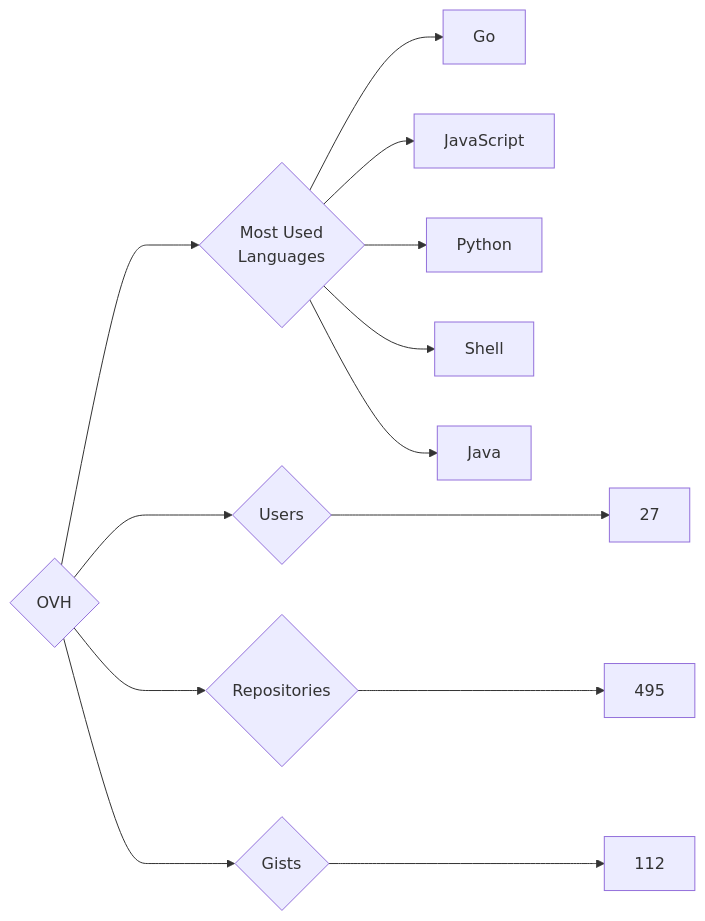
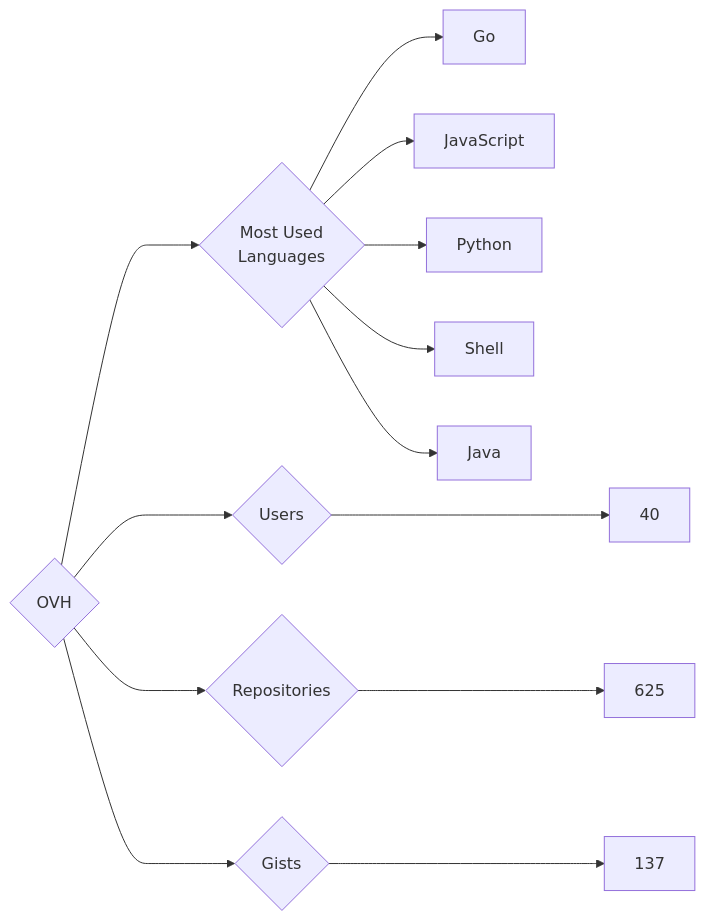
The diagram in targets/OVH/README.md (trickest/insiders), drawn with Mermaid before and after one commit. The commit also changed 903 other files, not shown here.

````diff
--- a/targets/OVH/README.md
+++ b/targets/OVH/README.md
@@ -3,13 +3,13 @@
 ```mermaid
 graph LR
 COMPANY_NAME{OVH}
-COMPANY_NAME ---> U{Users} ---> UN[27]
-COMPANY_NAME ---> R{Repositories} ---> RN[495]
-COMPANY_NAME ---> G{Gists} ---> GN[112]
+COMPANY_NAME ---> U{Users} ---> UN[40]
+COMPANY_NAME ---> R{Repositories} ---> RN[625]
+COMPANY_NAME ---> G{Gists} ---> GN[137]
 COMPANY_NAME ---> ML{Most Used<br>Languages}
 ML --> Go[Go]
 ML --> JavaScript[JavaScript]
 ML --> Python[Python]
 ML --> Shell[Shell]
 ML --> Java[Java]
 ```
````
